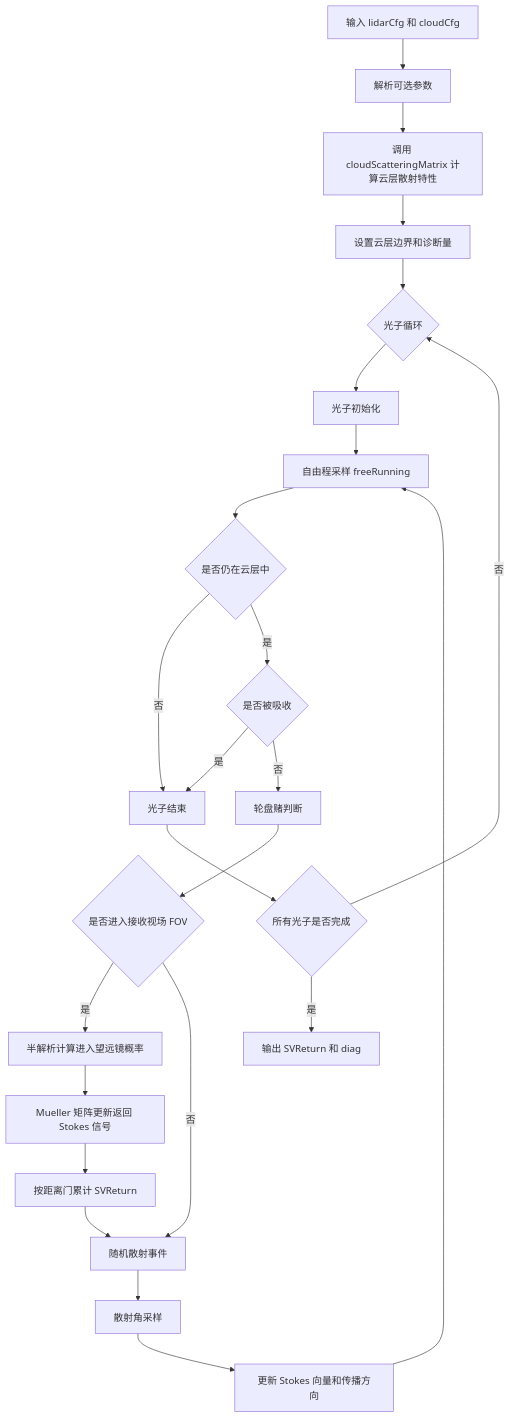
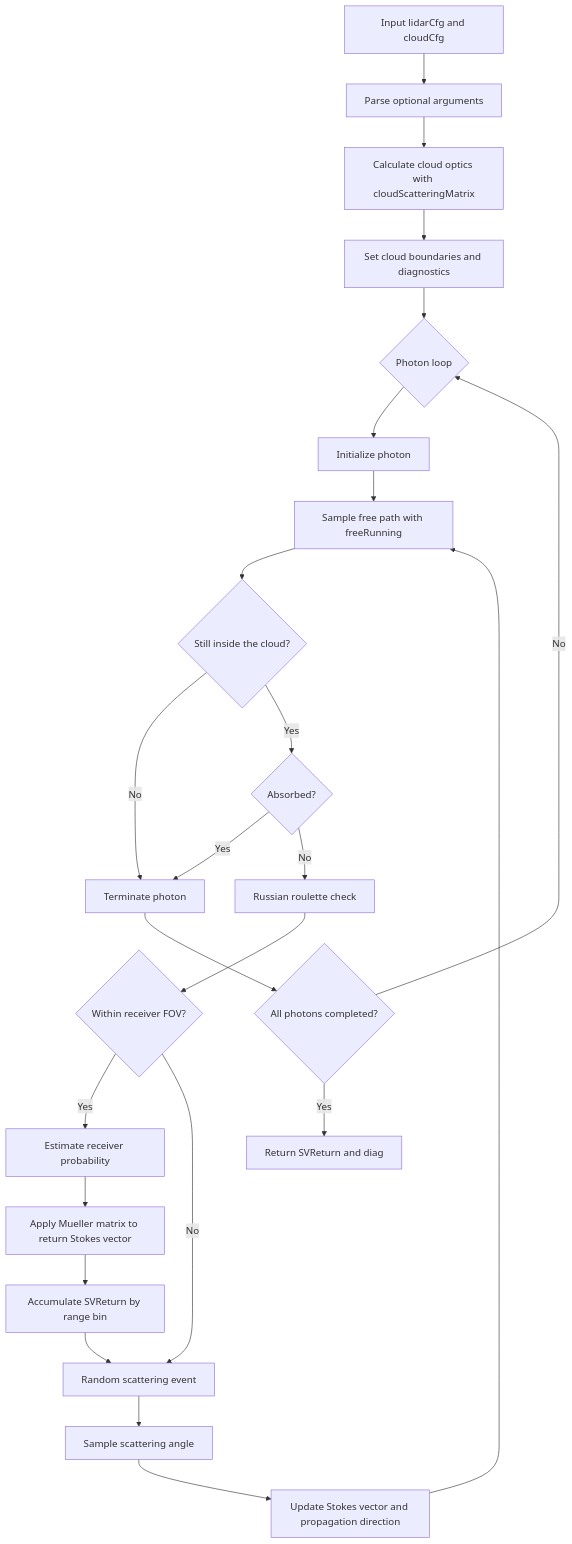
One commit to ZPYin/MultiScatterSim changed the diagram in docs/MUSS基本原理介绍.md. Above: the diagram before and after it, drawn with Mermaid. The commit also changed other lines of this file and 1 other file, not shown here.

````diff
--- a/docs/MUSS基本原理介绍.md
+++ b/docs/MUSS基本原理介绍.md
@@ -24,26 +24,26 @@
 ```mermaid
 flowchart TD
-    A[输入 lidarCfg 和 cloudCfg] --> B[解析可选参数]
-    B --> C[调用 cloudScatteringMatrix 计算云层散射特性]
-    C --> D[设置云层边界和诊断量]
-    D --> E{光子循环}
-    E --> F[光子初始化]
-    F --> G[自由程采样 freeRunning]
-    G --> H{是否仍在云层中}
-    H -->|否| Z[光子结束]
-    H -->|是| I{是否被吸收}
-    I -->|是| Z
-    I -->|否| J[轮盘赌判断]
-    J --> K{是否进入接收视场 FOV}
-    K -->|是| L[半解析计算进入望远镜概率]
-    L --> M[Mueller 矩阵更新返回 Stokes 信号]
-    M --> N[按距离门累计 SVReturn]
-    K -->|否| O[随机散射事件]
+    A[Input lidarCfg and cloudCfg] --> B[Parse optional arguments]
+    B --> C[Calculate cloud optics with cloudScatteringMatrix]
+    C --> D[Set cloud boundaries and diagnostics]
+    D --> E{Photon loop}
+    E --> F[Initialize photon]
+    F --> G[Sample free path with freeRunning]
+    G --> H{Still inside the cloud?}
+    H -->|No| Z[Terminate photon]
+    H -->|Yes| I{Absorbed?}
+    I -->|Yes| Z
+    I -->|No| J[Russian roulette check]
+    J --> K{Within receiver FOV?}
+    K -->|Yes| L[Estimate receiver probability]
+    L --> M[Apply Mueller matrix to return Stokes vector]
+    M --> N[Accumulate SVReturn by range bin]
+    K -->|No| O[Random scattering event]
     N --> O
-    O --> P[散射角采样]
-    P --> Q[更新 Stokes 向量和传播方向]
+    O --> P[Sample scattering angle]
+    P --> Q[Update Stokes vector and propagation direction]
     Q --> G
-    Z --> R{所有光子是否完成}
-    R -->|否| E
-    R -->|是| S[输出 SVReturn 和 diag]
+    Z --> R{All photons completed?}
+    R -->|No| E
+    R -->|Yes| S[Return SVReturn and diag]
 ```
````
